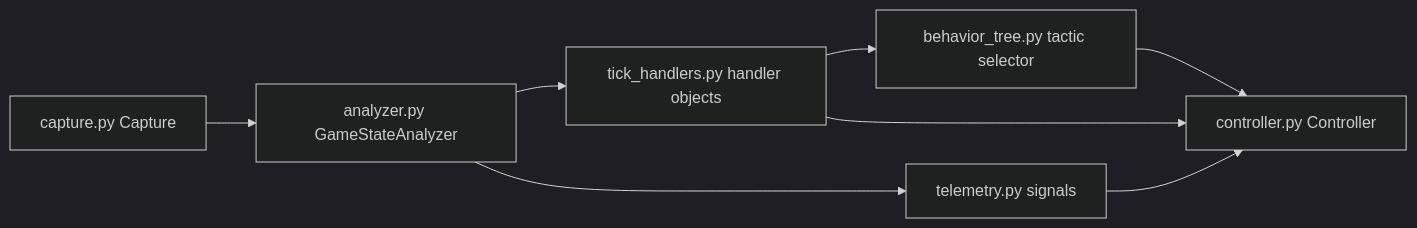
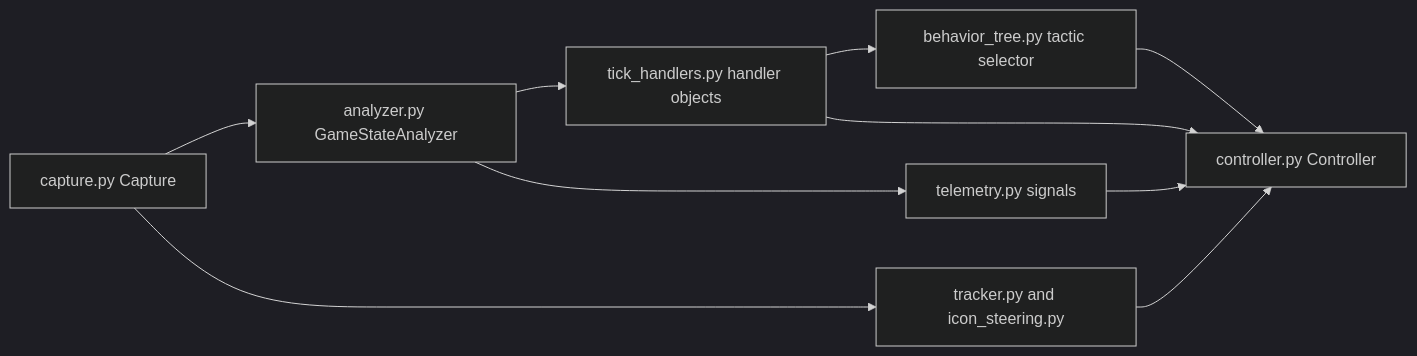
The first of 8 diagrams in docs/architecture.md (mhouse1/wingman), drawn with Mermaid (dark theme) before and after one commit. The commit also changed other lines of this file and 4 other files, not shown here.

````diff
--- a/docs/architecture.md
+++ b/docs/architecture.md
@@ -42,10 +51,12 @@
 ```mermaid
 flowchart LR
     C["capture.py Capture"] --> A["analyzer.py GameStateAnalyzer"]
     A --> H["tick_handlers.py handler objects"]
     H --> BT["behavior_tree.py tactic selector"]
     BT --> Ctrl["controller.py Controller"]
     H --> Ctrl
     A --> T["telemetry.py signals"]
     T --> Ctrl
+    C --> TR["tracker.py and icon_steering.py"]
+    TR --> Ctrl
 ```
````
